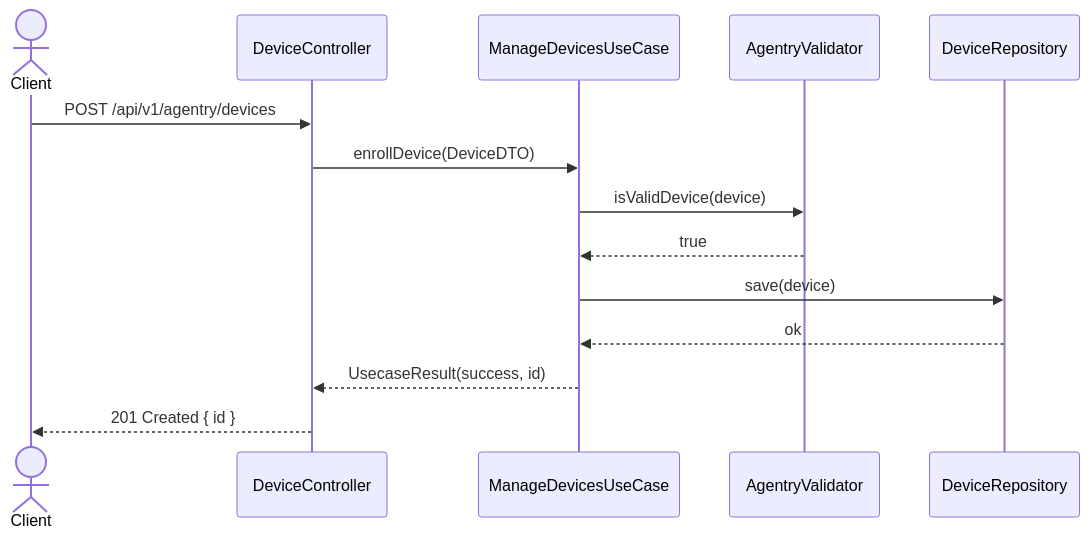
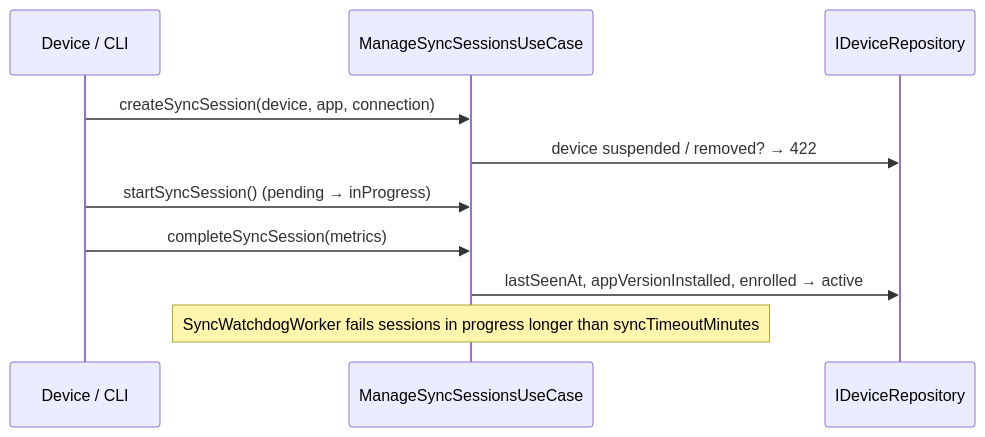
Before and after one commit to UIMSolutions/uim-platform: the fourth of 8 diagrams in agentry/UML.md, drawn with Mermaid. The commit also changed other lines of this file and 80 other files, not shown here.

First line of the commit message:
Refactor OAuth 2.0 Service: Update UML documentation, add approuter configuration, and restructure Kubernetes deployment

````diff
--- a/agentry/UML.md
+++ b/agentry/UML.md
@@ -128,17 +110,12 @@
 ```mermaid
 sequenceDiagram
-    actor Client
-    participant DC as DeviceController
-    participant UC as ManageDevicesUseCase
-    participant V as AgentryValidator
-    participant R as DeviceRepository
-
-    Client->>DC: POST /api/v1/agentry/devices
-    DC->>UC: enrollDevice(DeviceDTO)
-    UC->>V: isValidDevice(device)
-    V-->>UC: true
-    UC->>R: save(device)
-    R-->>UC: ok
-    UC-->>DC: UsecaseResult(success, id)
-    DC-->>Client: 201 Created { id }
+  participant Dev as Device / CLI
+  participant UC as ManageSyncSessionsUseCase
+  participant DR as IDeviceRepository
+  Dev->>UC: createSyncSession(device, app, connection)
+  UC->>DR: device suspended / removed? → 422
+  Dev->>UC: startSyncSession() (pending → inProgress)
+  Dev->>UC: completeSyncSession(metrics)
+  UC->>DR: lastSeenAt, appVersionInstalled, enrolled → active
+  Note over UC: SyncWatchdogWorker fails sessions in progress longer than syncTimeoutMinutes
 ```
````
